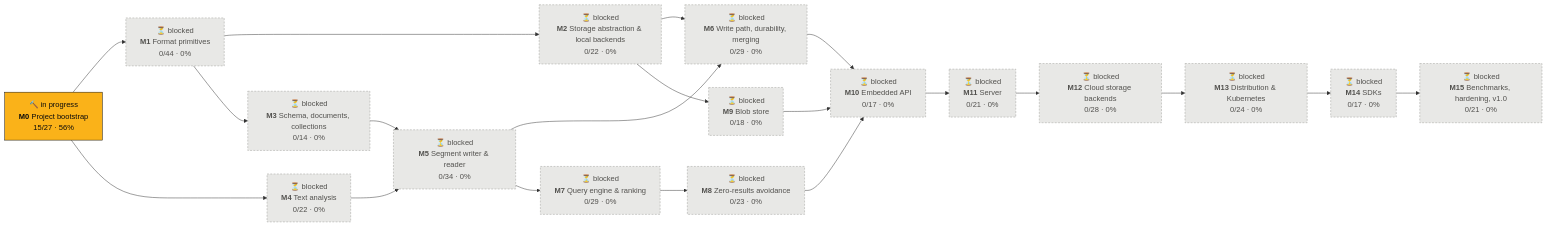
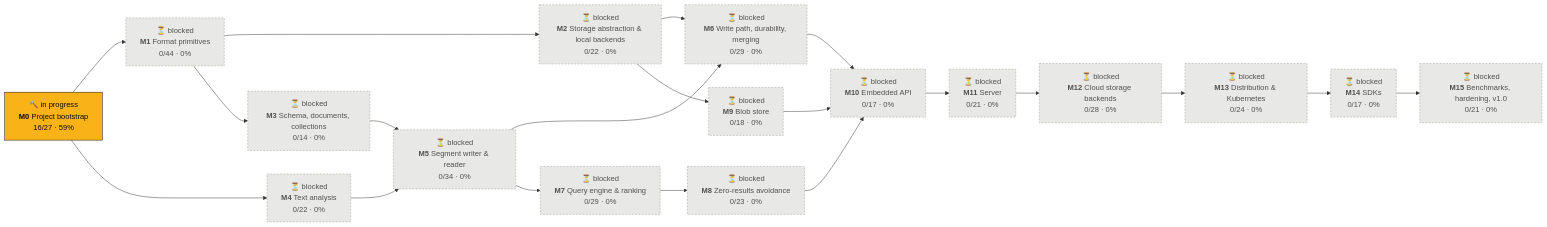
Before and after one commit to tomiok/persiaDB: the first of 2 diagrams in PROGRESS.md, drawn with Mermaid. The commit also changed other lines of this file and 4 other files, not shown here.

Commit message:
docs: architecture overview and glossary (ROADMAP 0.4.4)

````diff
--- a/PROGRESS.md
+++ b/PROGRESS.md
@@ -14,42 +14,42 @@
 ```mermaid
 flowchart LR
-  M0["🔨 in progress<br/><b>M0</b> Project bootstrap<br/>15/27 · 56%"]:::doing
+  M0["🔨 in progress<br/><b>M0</b> Project bootstrap<br/>16/27 · 59%"]:::doing
   M1["⏳ blocked<br/><b>M1</b> Format primitives<br/>0/44 · 0%"]:::blocked
   M2["⏳ blocked<br/><b>M2</b> Storage abstraction & local backends<br/>0/22 · 0%"]:::blocked
   M3["⏳ blocked<br/><b>M3</b> Schema, documents, collections<br/>0/14 · 0%"]:::blocked
   M4["⏳ blocked<br/><b>M4</b> Text analysis<br/>0/22 · 0%"]:::blocked
   M5["⏳ blocked<br/><b>M5</b> Segment writer & reader<br/>0/34 · 0%"]:::blocked
   M6["⏳ blocked<br/><b>M6</b> Write path, durability, merging<br/>0/29 · 0%"]:::blocked
   M7["⏳ blocked<br/><b>M7</b> Query engine & ranking<br/>0/29 · 0%"]:::blocked
   M8["⏳ blocked<br/><b>M8</b> Zero-results avoidance<br/>0/23 · 0%"]:::blocked
   M9["⏳ blocked<br/><b>M9</b> Blob store<br/>0/18 · 0%"]:::blocked
   M10["⏳ blocked<br/><b>M10</b> Embedded API<br/>0/17 · 0%"]:::blocked
   M11["⏳ blocked<br/><b>M11</b> Server<br/>0/21 · 0%"]:::blocked
   M12["⏳ blocked<br/><b>M12</b> Cloud storage backends<br/>0/28 · 0%"]:::blocked
   M13["⏳ blocked<br/><b>M13</b> Distribution & Kubernetes<br/>0/24 · 0%"]:::blocked
   M14["⏳ blocked<br/><b>M14</b> SDKs<br/>0/17 · 0%"]:::blocked
   M15["⏳ blocked<br/><b>M15</b> Benchmarks, hardening, v1.0<br/>0/21 · 0%"]:::blocked
   M0 --> M1
   M1 --> M2
   M1 --> M3
   M0 --> M4
   M3 --> M5
   M4 --> M5
   M2 --> M6
   M5 --> M6
   M5 --> M7
   M7 --> M8
   M2 --> M9
   M6 --> M10
   M8 --> M10
   M9 --> M10
   M10 --> M11
   M11 --> M12
   M12 --> M13
   M13 --> M14
   M14 --> M15
   classDef done fill:#0ca30c,stroke:#0b0b0b,color:#0b0b0b
   classDef doing fill:#fab219,stroke:#0b0b0b,color:#0b0b0b
   classDef ready fill:#fcfcfb,stroke:#0b0b0b,stroke-width:2px,color:#0b0b0b
   classDef blocked fill:#e8e8e6,stroke:#9a9a96,stroke-dasharray:4 3,color:#52514e
 ```
````
